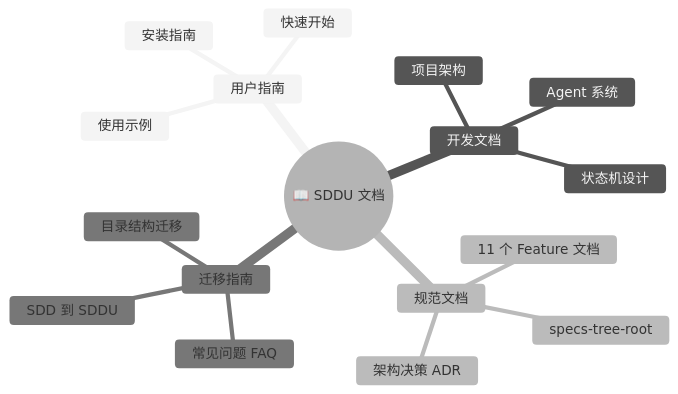
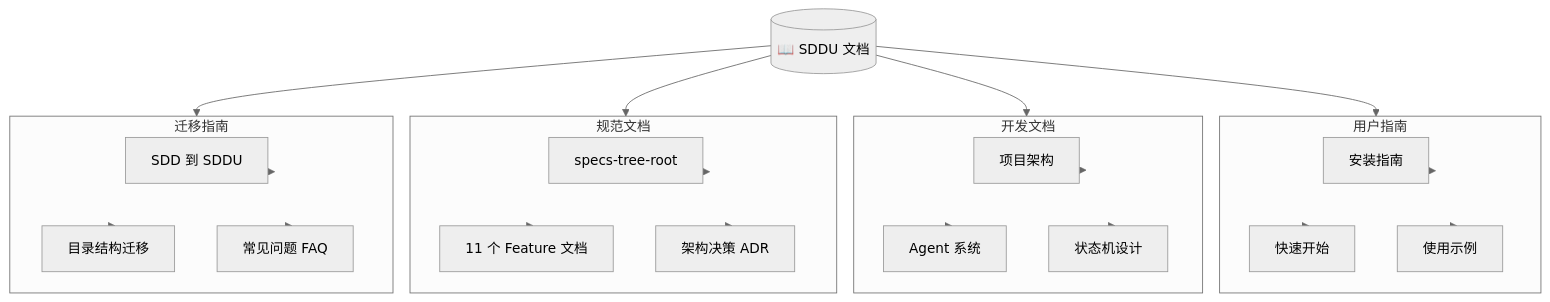
One commit to THZSummer/sddu changed the fifth of 5 diagrams in README.md. Above: the diagram before and after it, drawn with Mermaid (neutral theme).

Commit message:
fix: replace mindmap with flowchart for better compatibility
- Convert mermaid mindmap to flowchart TD format
- Improves rendering compatibility across platforms
- Last mermaid chart now uses widely supported flowchart syntax
- Total 5 mermaid diagrams all using compatible formats

````diff
--- a/README.md
+++ b/README.md
@@ -521,20 +521,38 @@
 ```mermaid
-mindmap
-  root((📖 SDDU 文档))
-    用户指南
-      安装指南
-      快速开始
-      使用示例
-    开发文档
-      项目架构
-      Agent 系统
-      状态机设计
-    规范文档
-      specs-tree-root
-      11 个 Feature 文档
-      架构决策 ADR
-    迁移指南
-      SDD 到 SDDU
-      目录结构迁移
-      常见问题 FAQ
+flowchart TD
+    root[("📖 SDDU 文档")]
+    
+    subgraph Guide[用户指南]
+        G1[安装指南]
+        G2[快速开始]
+        G3[使用示例]
+    end
+    
+    subgraph Dev[开发文档]
+        D1[项目架构]
+        D2[Agent 系统]
+        D3[状态机设计]
+    end
+    
+    subgraph Spec[规范文档]
+        S1[specs-tree-root]
+        S2[11 个 Feature 文档]
+        S3[架构决策 ADR]
+    end
+    
+    subgraph Mig[迁移指南]
+        M1[SDD 到 SDDU]
+        M2[目录结构迁移]
+        M3[常见问题 FAQ]
+    end
+    
+    root --> Guide
+    root --> Dev
+    root --> Spec
+    root --> Mig
+    
+    Guide --> G1 & G2 & G3
+    Dev --> D1 & D2 & D3
+    Spec --> S1 & S2 & S3
+    Mig --> M1 & M2 & M3
 ```
````
